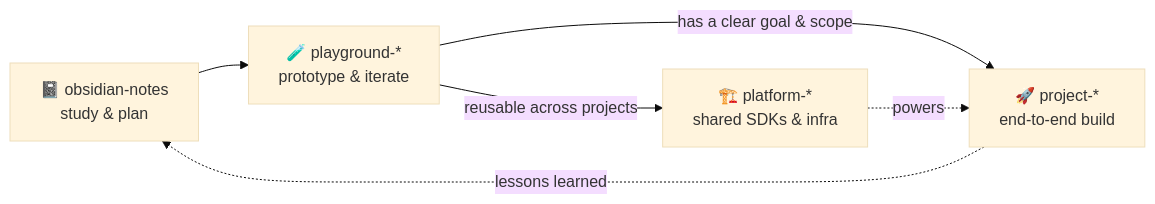
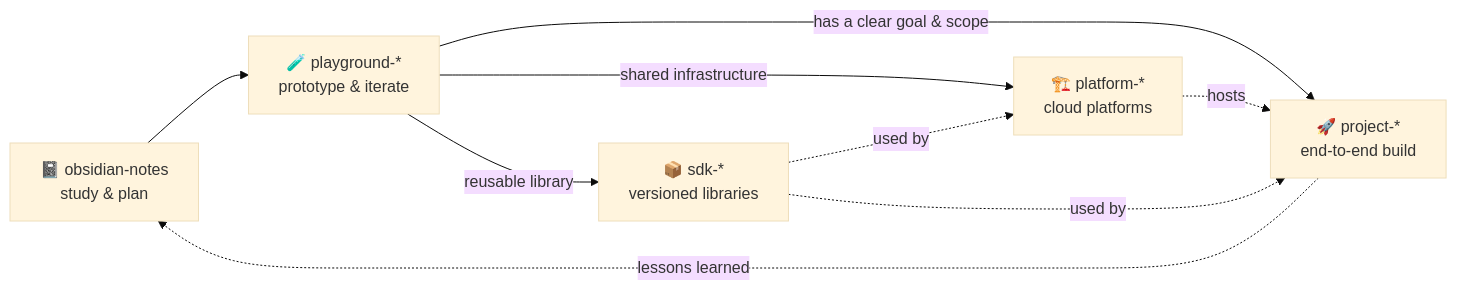
The diagram in README.md (x-ruiz/x-ruiz), drawn with Mermaid (base theme) before and after one commit. The commit also changed other lines of this file, not shown here.

Commit message:
Clarify sdk-* and platform-* repo graduation paths

````diff
--- a/README.md
+++ b/README.md
@@ -39,8 +40,11 @@
 ```mermaid
 flowchart LR
     N["📓 obsidian-notes<br/>study & plan"] --> P["🧪 playground-*<br/>prototype & iterate"]
     P -->|has a clear goal & scope| PR["🚀 project-*<br/>end-to-end build"]
-    P -->|reusable across projects| PL["🏗️ platform-*<br/>shared SDKs & infra"]
-    PL -.->|powers| PR
+    P -->|shared infrastructure| PL["🏗️ platform-*<br/>cloud platforms"]
+    P -->|reusable library| SDK["📦 sdk-*<br/>versioned libraries"]
+    PL -.->|hosts| PR
+    SDK -.->|used by| PR
+    SDK -.->|used by| PL
     PR -.->|lessons learned| N
 ```
````
